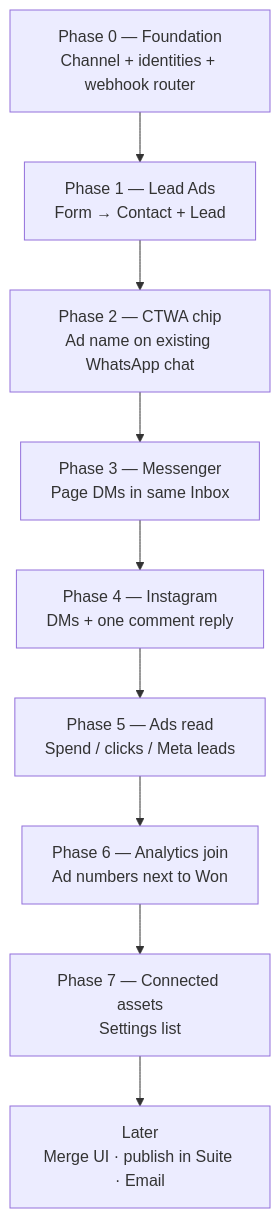
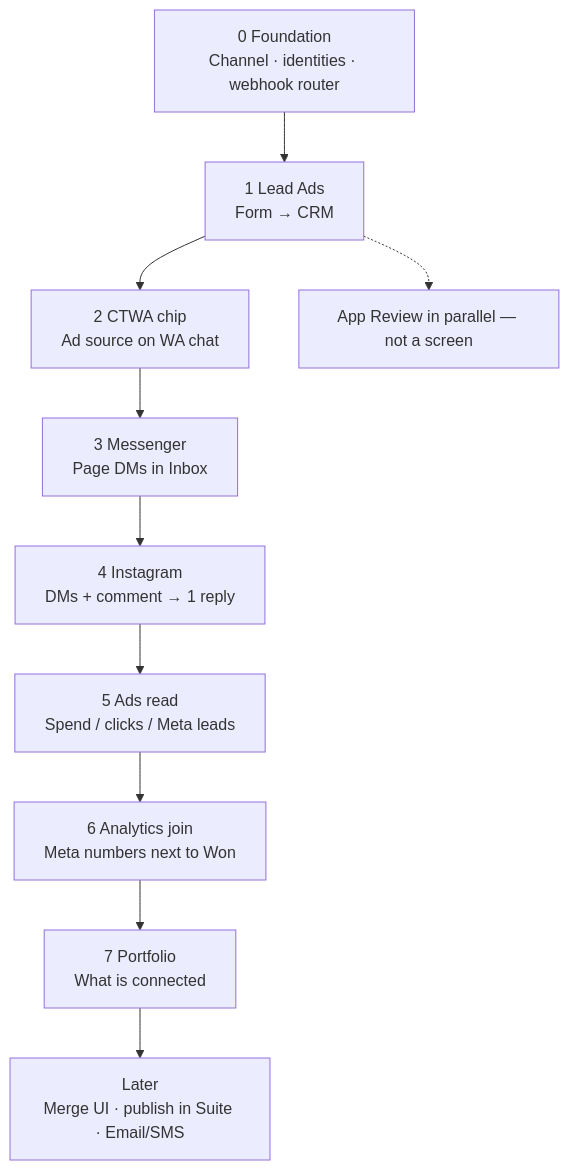
Before and after one commit to teamwebstarts-cmyk/Samyoj: the ninth of 12 diagrams in docs/product/META_LOOP_PRESENTATION_2026-09-18.md, drawn with Mermaid. The commit also changed other lines of this file and 2 other files, not shown here.

First line of the commit message:
docs: update META_ECOSYSTEM_V2_PLAN_2026-09-18.md and META_LOOP_PRESENTATION_2026-09-18.md for clarity and consistency

````diff
--- a/docs/product/META_LOOP_PRESENTATION_2026-09-18.md
+++ b/docs/product/META_LOOP_PRESENTATION_2026-09-18.md
@@ -45,14 +180,15 @@
 ```mermaid
 flowchart TD
-  P0["Phase 0 — Foundation<br/>Channel + identities + webhook router"]
-  P1["Phase 1 — Lead Ads<br/>Form → Contact + Lead"]
-  P2["Phase 2 — CTWA chip<br/>Ad name on existing WhatsApp chat"]
-  P3["Phase 3 — Messenger<br/>Page DMs in same Inbox"]
-  P4["Phase 4 — Instagram<br/>DMs + one comment reply"]
-  P5["Phase 5 — Ads read<br/>Spend / clicks / Meta leads"]
-  P6["Phase 6 — Analytics join<br/>Ad numbers next to Won"]
-  P7["Phase 7 — Connected assets<br/>Settings list"]
-  LATER["Later<br/>Merge UI · publish in Suite · Email"]
+  P0["0 Foundation<br/>Channel · identities · webhook router"]
+  P1["1 Lead Ads<br/>Form → CRM"]
+  P2["2 CTWA chip<br/>Ad source on WA chat"]
+  P3["3 Messenger<br/>Page DMs in Inbox"]
+  P4["4 Instagram<br/>DMs + comment → 1 reply"]
+  P5["5 Ads read<br/>Spend / clicks / Meta leads"]
+  P6["6 Analytics join<br/>Meta numbers next to Won"]
+  P7["7 Portfolio<br/>What is connected"]
+  L["Later<br/>Merge UI · publish in Suite · Email/SMS"]
 
-  P0 --> P1 --> P2 --> P3 --> P4 --> P5 --> P6 --> P7 --> LATER
+  P0 --> P1 --> P2 --> P3 --> P4 --> P5 --> P6 --> P7 --> L
+  P1 -.-> AR["App Review in parallel — not a screen"]
 ```
````
